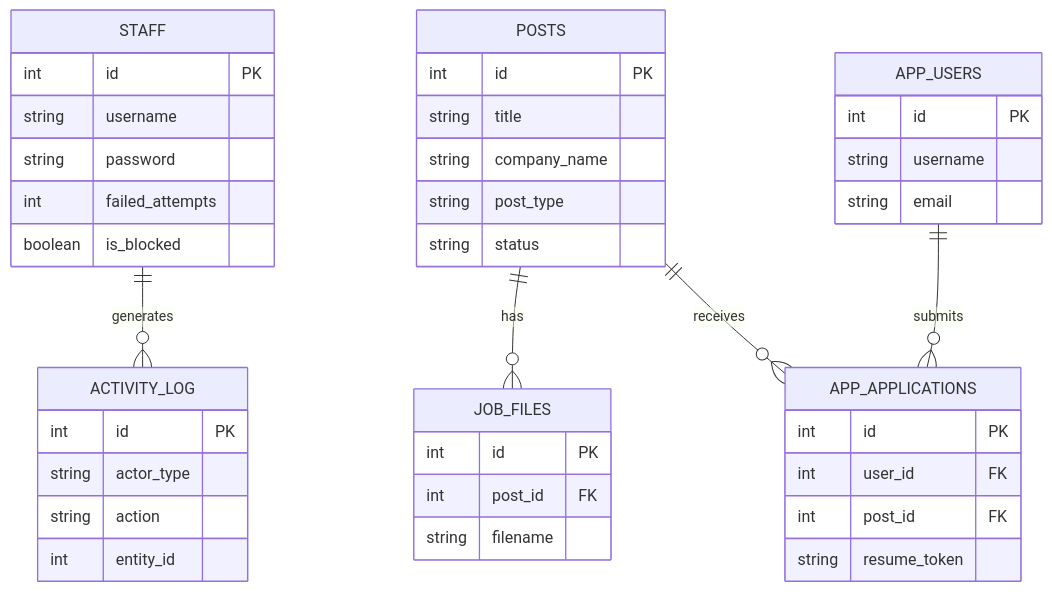
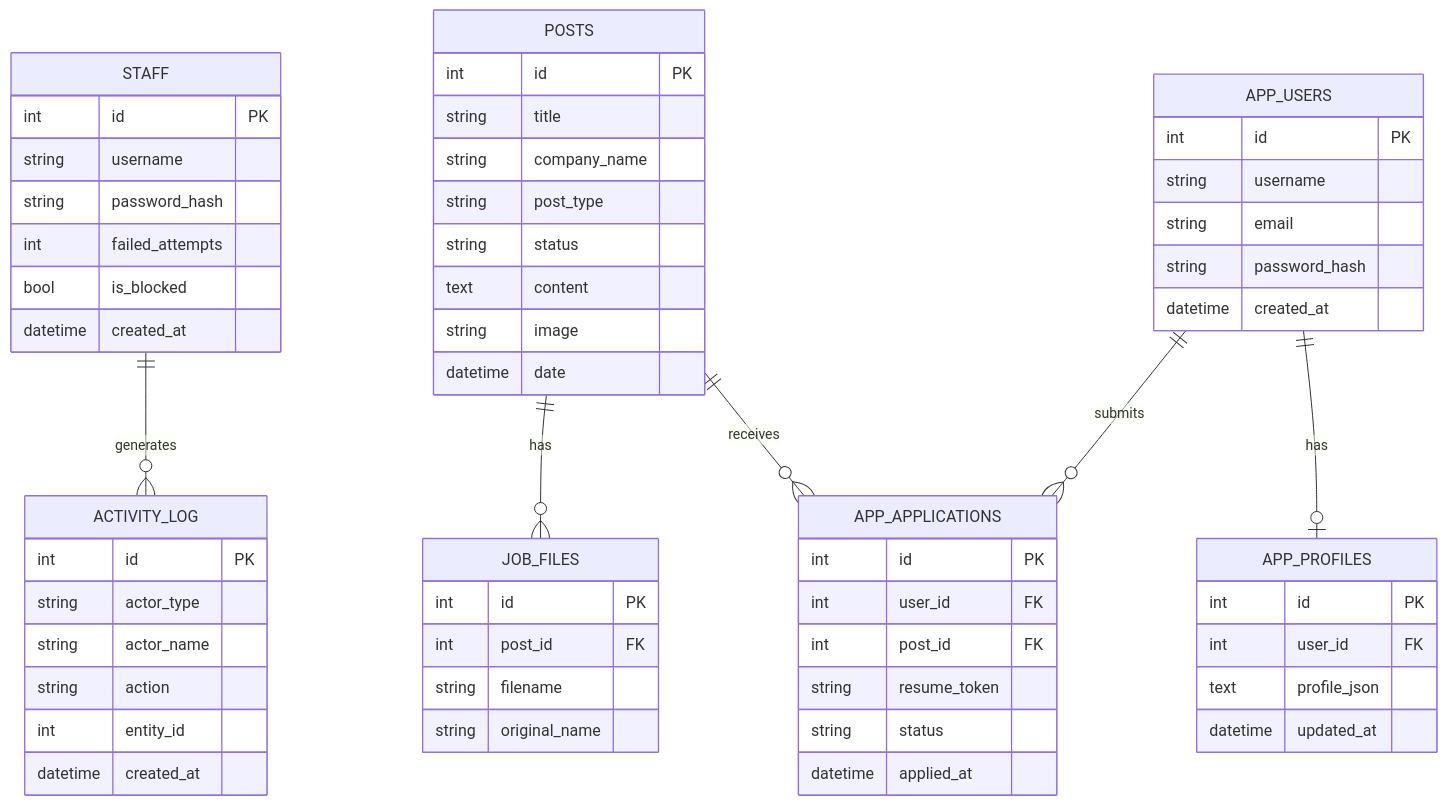
One commit to Bikash4JP/itf changed the second of 2 diagrams in readme.md. Above: the diagram before and after it, drawn with Mermaid. The commit also changed other lines of this file and 1 other file, not shown here.

````diff
--- a/readme.md
+++ b/readme.md
@@ -85,44 +165,62 @@
 ```mermaid
 erDiagram
     STAFF {
         int id PK
         string username
-        string password
+        string password_hash
         int failed_attempts
-        boolean is_blocked
+        bool is_blocked
+        datetime created_at
     }
     POSTS {
         int id PK
         string title
         string company_name
         string post_type
         string status
+        text content
+        string image
+        datetime date
     }
     JOB_FILES {
         int id PK
         int post_id FK
         string filename
+        string original_name
     }
     APP_USERS {
         int id PK
         string username
         string email
+        string password_hash
+        datetime created_at
+    }
+    APP_PROFILES {
+        int id PK
+        int user_id FK
+        text profile_json
+        datetime updated_at
     }
     APP_APPLICATIONS {
         int id PK
         int user_id FK
         int post_id FK
         string resume_token
+        string status
+        datetime applied_at
     }
     ACTIVITY_LOG {
         int id PK
         string actor_type
+        string actor_name
         string action
         int entity_id
+        datetime created_at
     }
 
     STAFF ||--o{ ACTIVITY_LOG : "generates"
     POSTS ||--o{ JOB_FILES : "has"
     POSTS ||--o{ APP_APPLICATIONS : "receives"
     APP_USERS ||--o{ APP_APPLICATIONS : "submits"
+    APP_USERS ||--o| APP_PROFILES : "has"
 ```
````
